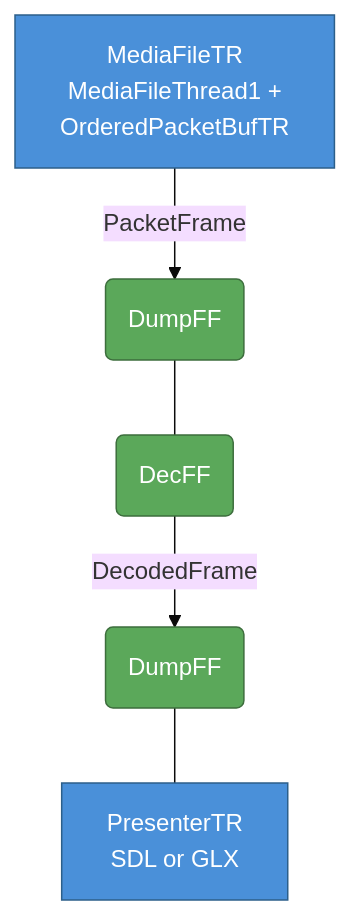
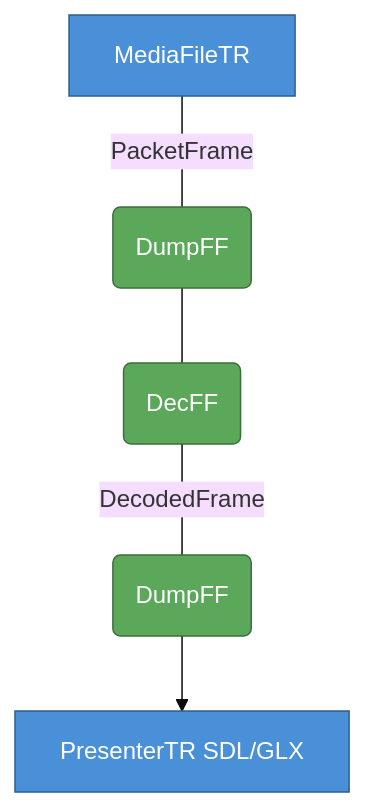
The third of 8 diagrams in python/README.md (elsampsa/limef-apps), drawn with Mermaid (base theme) before and after one commit. The commit also changed other lines of this file and 7 other files, not shown here.

````diff
--- a/python/README.md
+++ b/python/README.md
@@ -202,18 +202,18 @@
 ```mermaid
 flowchart TD
-    srctr[MediaFileTR\nMediaFileThread1 +\nOrderedPacketBufTR]
+    srctr[MediaFileTR]
     dumpsrc(DumpFF)
     decff(DecFF)
     dumpdec(DumpFF)
-    pres[PresenterTR\nSDL or GLX]
+    pres[PresenterTR SDL/GLX]
 
-    srctr -->|PacketFrame| dumpsrc
+    srctr ---|PacketFrame| dumpsrc
     dumpsrc --- decff
-    decff -->|DecodedFrame| dumpdec
-    dumpdec --- pres
+    decff ---|DecodedFrame| dumpdec
+    dumpdec --> pres
 
     classDef thread fill:#4a90d9,stroke:#2c5f8a,color:#fff
     classDef ff     fill:#5ba85a,stroke:#3d6e3d,color:#fff
     class srctr,pres thread
     class decff,dumpsrc,dumpdec ff
 ```
````
